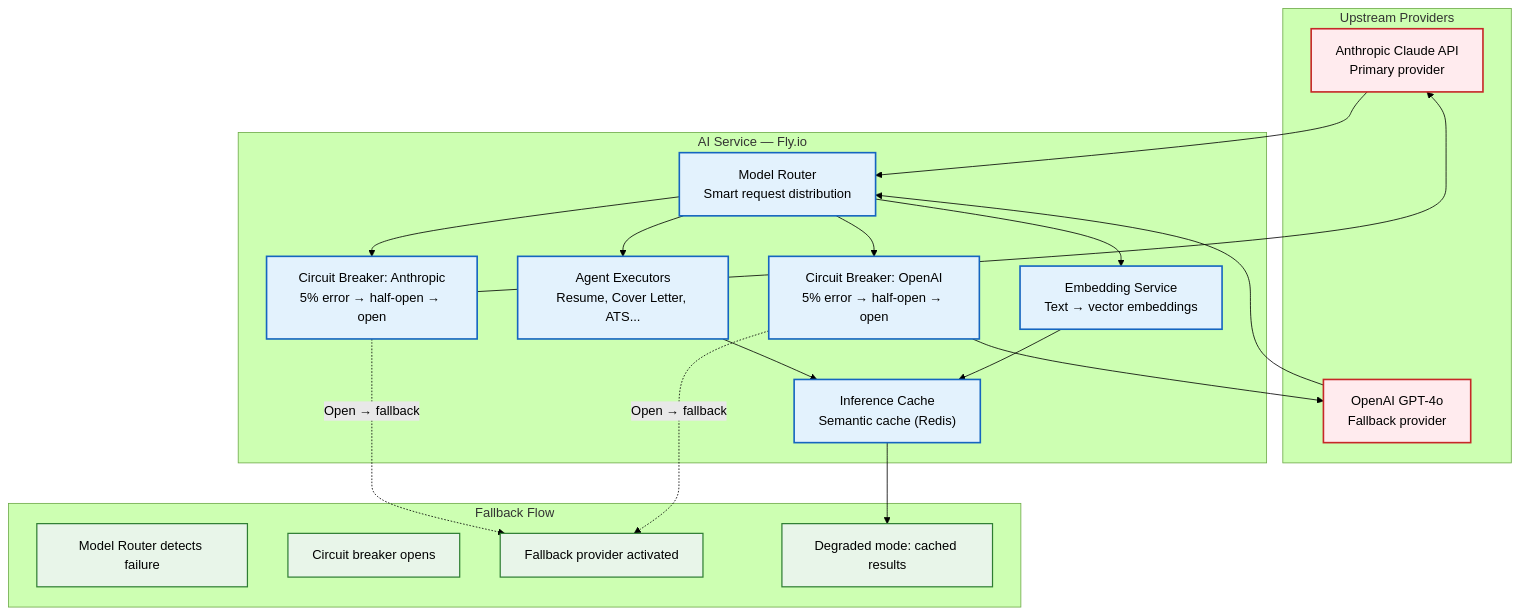
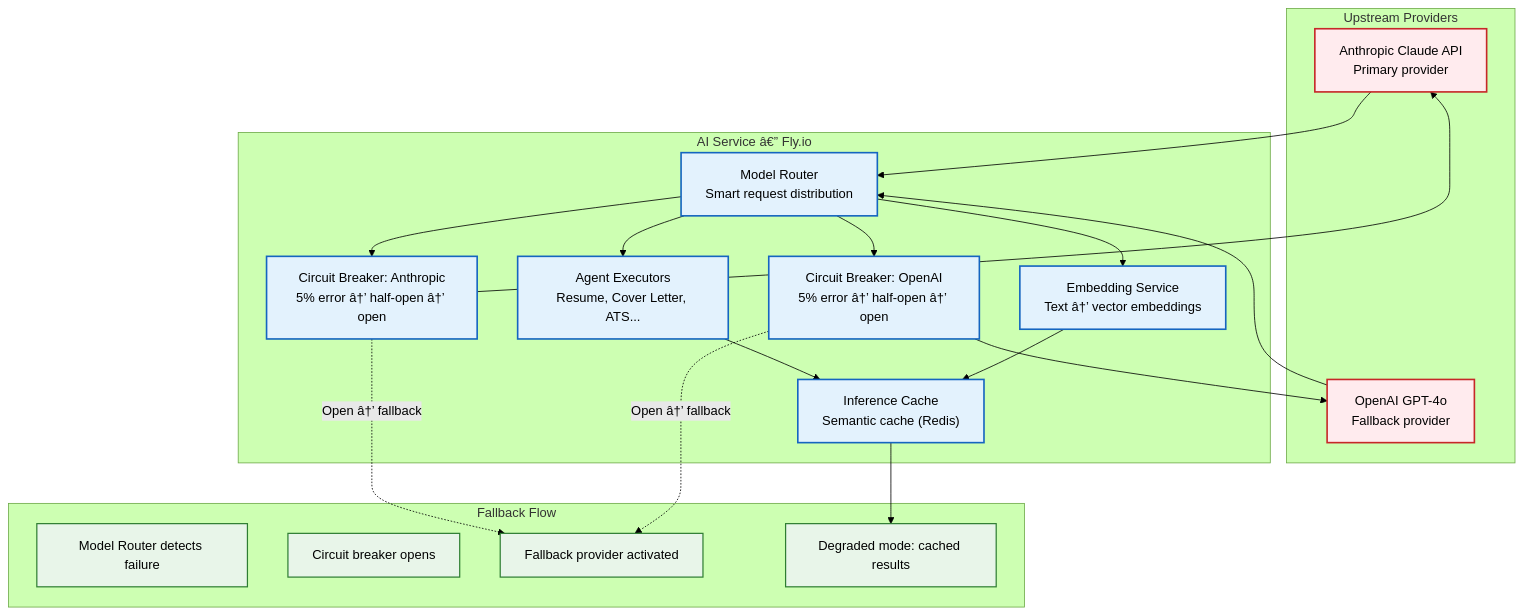
One commit to Driftloom/Vaeloom changed the first of 2 diagrams in Docs/Operations/Runbooks/AI-Service-Outage.md. Above: the diagram before and after it, drawn with Mermaid (forest theme). The commit also changed other lines of this file and 249 other files, not shown here.

````diff
--- a/Docs/Operations/Runbooks/AI-Service-Outage.md
+++ b/Docs/Operations/Runbooks/AI-Service-Outage.md
@@ -19,45 +19,45 @@
 ```mermaid
 graph TD
     classDef upstream fill:#ffebee,stroke:#c62828,color:#000,stroke-width:2px
     classDef service fill:#e3f2fd,stroke:#1565c0,color:#000,stroke-width:2px
     classDef fallback fill:#e8f5e9,stroke:#2e7d32,color:#000,stroke-width:1.5px
     classDef circuit fill:#fff3e0,stroke:#e65100,color:#000,stroke-width:1.5px
 
     subgraph Upstream["Upstream Providers"]
         ANTHROPIC["Anthropic Claude API<br/>Primary provider"]
         OPENAI["OpenAI GPT-4o<br/>Fallback provider"]
     end
 
-    subgraph AI["AI Service — Fly.io"]
+    subgraph AI["AI Service â€” Fly.io"]
         ROUTER["Model Router<br/>Smart request distribution"]
-        CB1["Circuit Breaker: Anthropic<br/>5% error → half-open → open"]
-        CB2["Circuit Breaker: OpenAI<br/>5% error → half-open → open"]
+        CB1["Circuit Breaker: Anthropic<br/>5% error â†’ half-open â†’ open"]
+        CB2["Circuit Breaker: OpenAI<br/>5% error â†’ half-open â†’ open"]
         AGENTS["Agent Executors<br/>Resume, Cover Letter, ATS..."]
-        EMBED["Embedding Service<br/>Text → vector embeddings"]
+        EMBED["Embedding Service<br/>Text â†’ vector embeddings"]
         CACHE["Inference Cache<br/>Semantic cache (Redis)"]
     end
 
     subgraph Fallback["Fallback Flow"]
         F1["Model Router detects failure"]
         F2["Circuit breaker opens"]
         F3["Fallback provider activated"]
         F4["Degraded mode: cached results"]
     end
 
     ANTHROPIC --> ROUTER
     OPENAI --> ROUTER
     ROUTER --> CB1 & CB2
     CB1 --> ANTHROPIC
     CB2 --> OPENAI
     ROUTER --> AGENTS & EMBED
     AGENTS --> CACHE
     EMBED --> CACHE
 
-    CB1 -.->|Open → fallback| F3
-    CB2 -.->|Open → fallback| F3
+    CB1 -.->|Open â†’ fallback| F3
+    CB2 -.->|Open â†’ fallback| F3
     CACHE --> F4
 
     class ANTHROPIC,OPENAI upstream
     class ROUTER,CB1,CB2,AGENTS,EMBED,CACHE service
     class F1,F2,F3,F4 fallback
 ```
````
